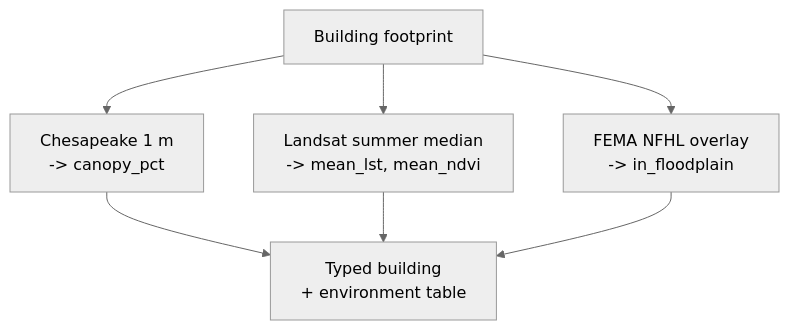
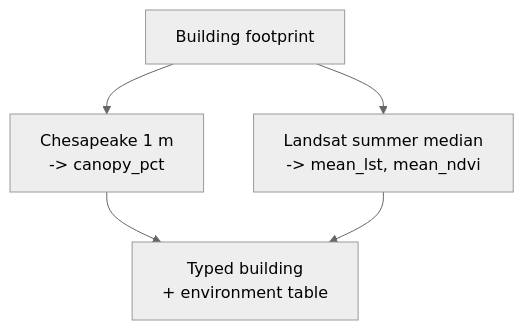
Before and after one commit to alibishokputov/green-gap-affordable-housing: the tenth of 11 diagrams in data-methods.qmd, drawn with Mermaid (neutral theme). The commit also changed other lines of this file and 21 other files, not shown here.

````diff
--- a/data-methods.qmd
+++ b/data-methods.qmd
@@ -267,9 +267,7 @@
 ```{mermaid}
 flowchart TD
   A["Building footprint"] --> B["Chesapeake 1 m<br/>-> canopy_pct"]
   A --> C["Landsat summer median<br/>-> mean_lst, mean_ndvi"]
-  A --> D["FEMA NFHL overlay<br/>-> in_floodplain"]
   B --> E["Typed building<br/>+ environment table"]
   C --> E
-  D --> E
 ```
````
